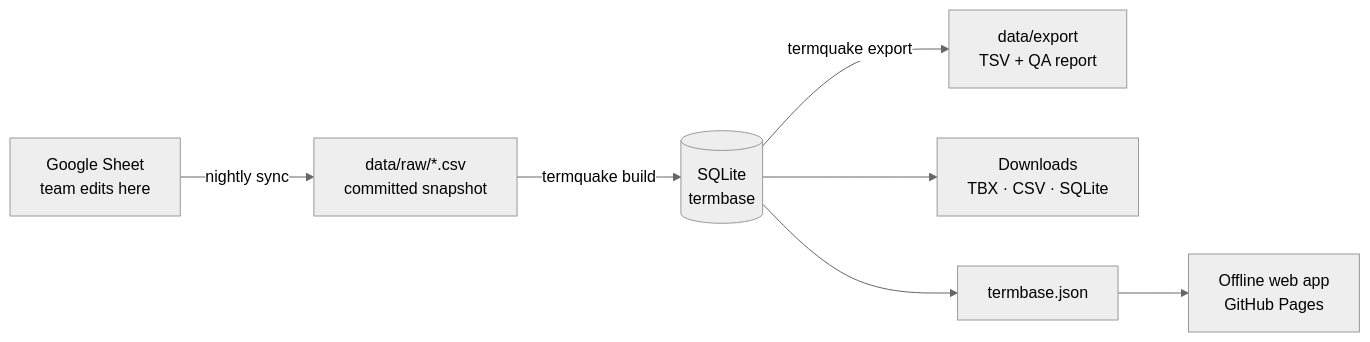
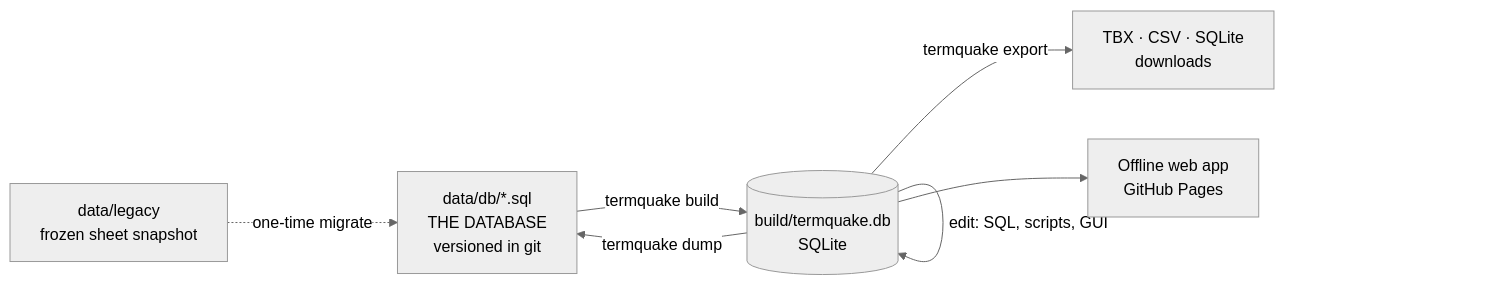
One commit to ysfztpp/TermQuake changed the diagram in README.md. Above: the diagram before and after it, drawn with Mermaid (neutral theme). The commit also changed other lines of this file and 9 other files, not shown here.

````diff
--- a/README.md
+++ b/README.md
@@ -16,9 +16,9 @@
 ```mermaid
 flowchart LR
-  A[Google Sheet<br/>team edits here] -->|nightly sync| B[data/raw/*.csv<br/>committed snapshot]
-  B -->|termquake build| C[(SQLite<br/>termbase)]
-  C -->|termquake export| D[data/export<br/>TSV + QA report]
-  C --> E[Downloads<br/>TBX · CSV · SQLite]
-  C --> F[termbase.json]
-  F --> G[Offline web app<br/>GitHub Pages]
+  L[data/legacy<br/>frozen sheet snapshot] -. one-time migrate .-> D
+  D[data/db/*.sql<br/>THE DATABASE<br/>versioned in git] -->|termquake build| B[(build/termquake.db<br/>SQLite)]
+  B -->|edit: SQL, scripts, GUI| B
+  B -->|termquake dump| D
+  B -->|termquake export| E[TBX · CSV · SQLite<br/>downloads]
+  B --> F[Offline web app<br/>GitHub Pages]
 ```
````
